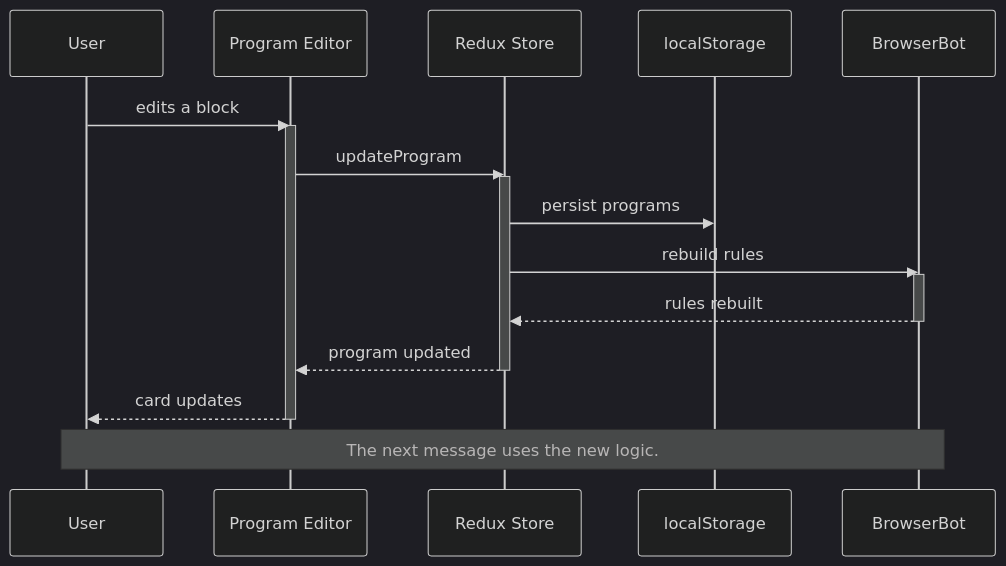
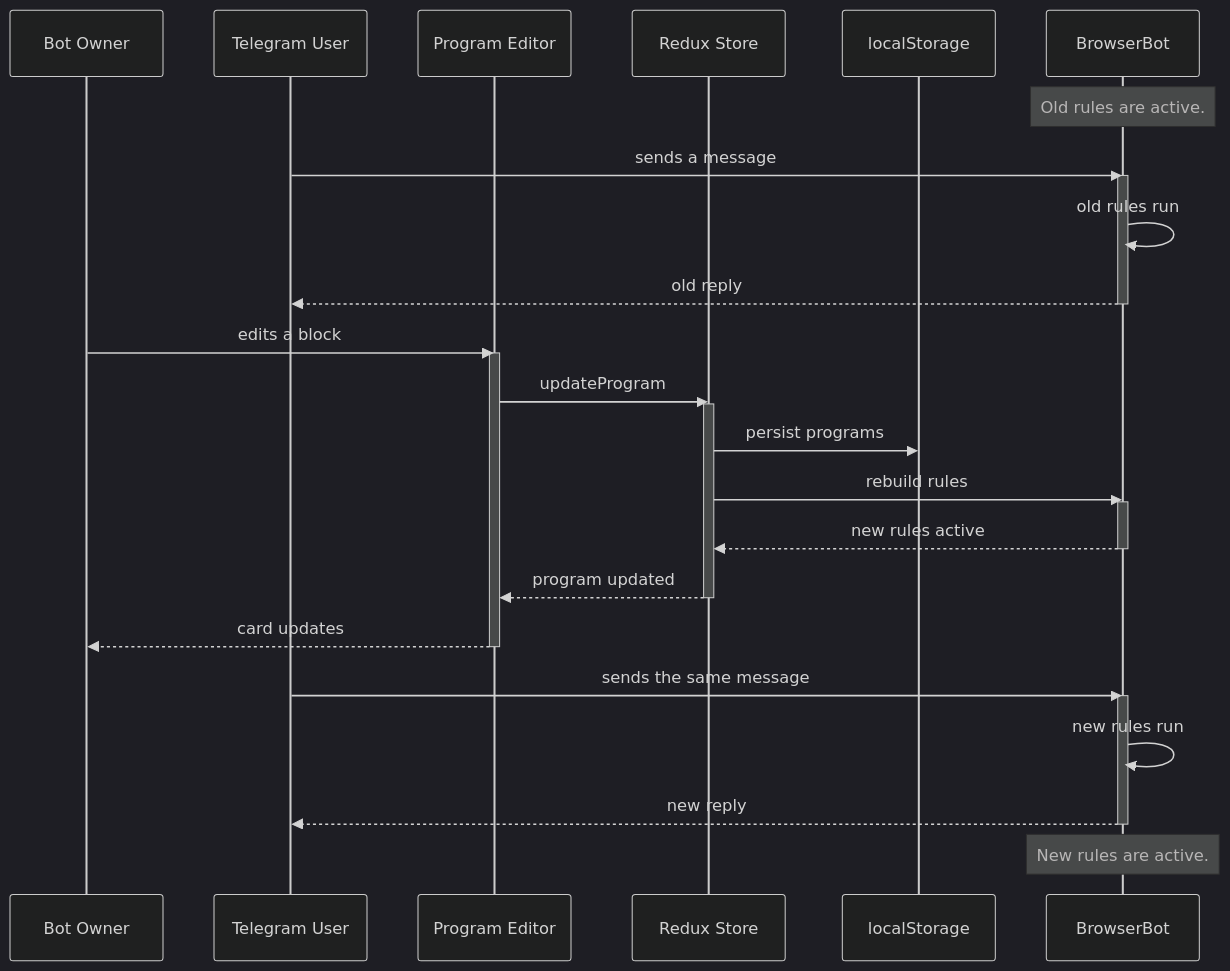
Before and after one commit to Jh123x/telegram-bot-on-browser: the fifth of 5 diagrams in docs/ARCHITECTURE.md, drawn with Mermaid (dark theme). The commit also changed other lines of this file, not shown here.

Commit message:
docs: show old vs new rules around program edits in sequence diagram

````diff
--- a/docs/ARCHITECTURE.md
+++ b/docs/ARCHITECTURE.md
@@ -175,24 +179,39 @@
 ```mermaid
 sequenceDiagram
-  participant U as User
+  participant U as Bot Owner
+  participant T as Telegram User
   participant E as Program Editor
   participant S as Redux Store
   participant LS as localStorage
   participant B as BrowserBot
+
+  Note over B: Old rules are active.
+
+  T->>B: sends a message
+  activate B
+  B->>B: old rules run
+  B-->>T: old reply
+  deactivate B
 
   U->>E: edits a block
   activate E
   E->>S: updateProgram
   activate S
   S->>LS: persist programs
   S->>B: rebuild rules
   activate B
-  B-->>S: rules rebuilt
+  B-->>S: new rules active
   deactivate B
   S-->>E: program updated
   deactivate S
   E-->>U: card updates
   deactivate E
 
-  Note over B,U: The next message uses the new logic.
+  T->>B: sends the same message
+  activate B
+  B->>B: new rules run
+  B-->>T: new reply
+  deactivate B
+
+  Note over B: New rules are active.
 ```
````
